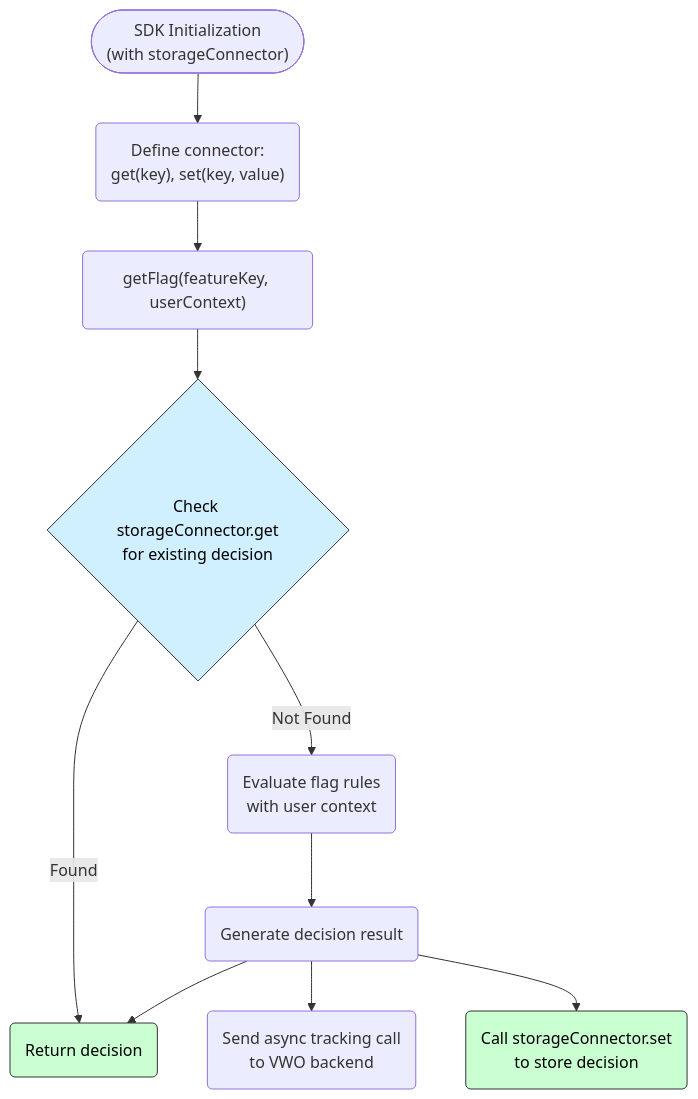
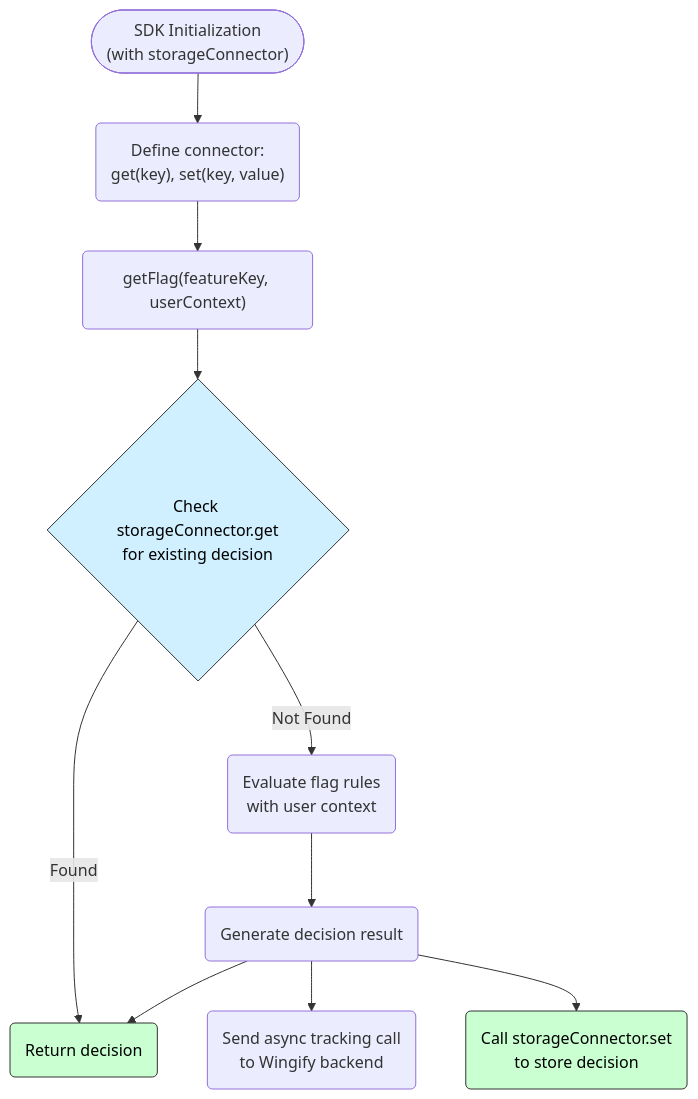
One commit to wingify/readme-central changed the third of 3 diagrams in docs/SDK Reference/fme-sdk-architecture.md. Above: the diagram before and after it, drawn with Mermaid. The commit also changed other lines of this file and 232 other files, not shown here.

Commit message:
VWO -> Wingify branding

````diff
--- a/docs/SDK Reference/fme-sdk-architecture.md
+++ b/docs/SDK Reference/fme-sdk-architecture.md
@@ -159,27 +159,27 @@
 ```mermaid
 flowchart TD
     A0(["SDK Initialization<br/>(with storageConnector)"]) --> A1("Define connector:<br/>get(key), set(key, value)")
 
     A2("getFlag(featureKey, userContext)") --> B1{"Check storageConnector.get<br/>for existing decision"}
 
     B1 -- Found --> B2("Return decision")
 
     B1 -- Not Found --> C1("Evaluate flag rules<br/>with user context")
     C1 --> C2("Generate decision result")
-    C2 --> C3("Send async tracking call<br/>to VWO backend")
+    C2 --> C3("Send async tracking call<br/>to Wingify backend")
     C2 --> C4("Call storageConnector.set<br/>to store decision")
     C2 --> B2
 
     A1 --> A2
 
     %% Assign classes to nodes
     class A2 api
     class B1 conditional
     class B2 cached
     class C4 cached
 
     %% Define styles for light and dark themes
     classDef conditional fill:#d0efff,stroke:#333,stroke-width:1px,color:#000
     classDef cached fill:#caffd2,stroke:#333,stroke-width:1px,color:#000
 
 ```
````
